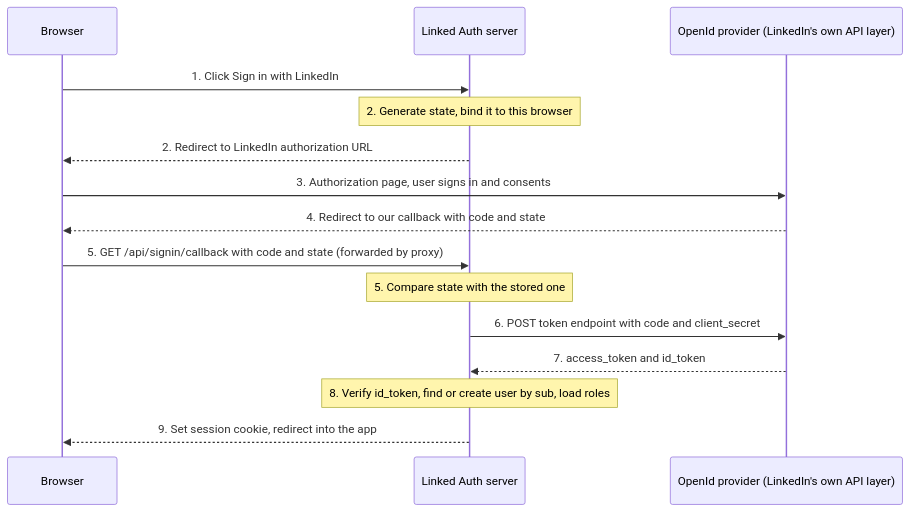
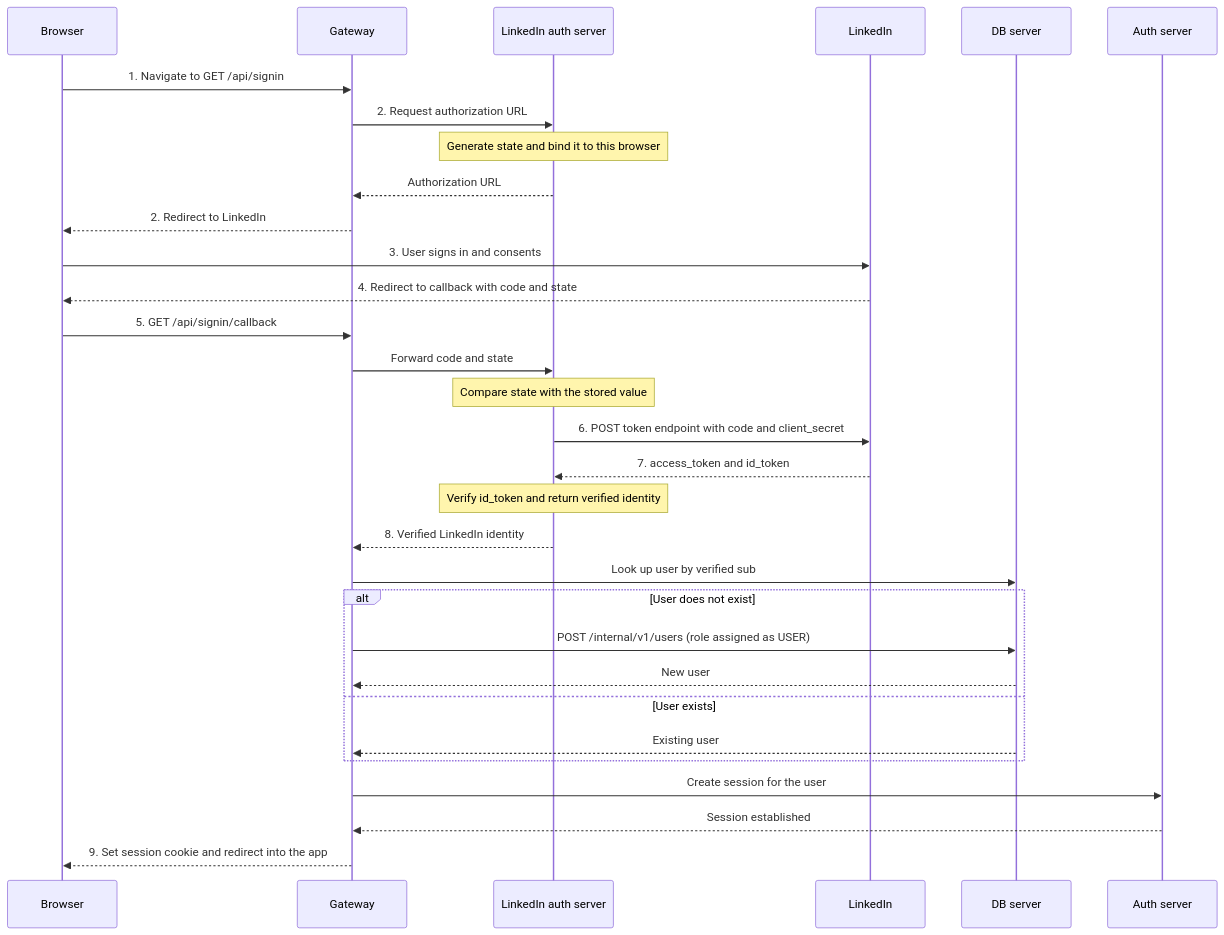
The diagram in docs/LinkedIn-auth-flow.md (abt-bara/LinkedIn-Profile-Rating), drawn with Mermaid before and after one commit. The commit also changed other lines of this file and 11 other files, not shown here.

````diff
--- a/docs/LinkedIn-auth-flow.md
+++ b/docs/LinkedIn-auth-flow.md
@@ -18,18 +18,34 @@
 ```mermaid
 sequenceDiagram
     participant B as Browser
-    participant A as Linked Auth server
-    participant L as OpenId provider (LinkedIn's own API layer)
+    participant G as Gateway
+    participant O as LinkedIn auth server
+    participant L as LinkedIn
+    participant D as DB server
+    participant A as Auth server
 
-    B->>A: 1. Click Sign in with LinkedIn
-    Note over A: 2. Generate state, bind it to this browser
-    A-->>B: 2. Redirect to LinkedIn authorization URL
-    B->>L: 3. Authorization page, user signs in and consents
-    L-->>B: 4. Redirect to our callback with code and state
-    B->>A: 5. GET /api/signin/callback with code and state (forwarded by proxy)
-    Note over A: 5. Compare state with the stored one
-    A->>L: 6. POST token endpoint with code and client_secret
-    L-->>A: 7. access_token and id_token
-    Note over A: 8. Verify id_token, find or create user by sub, load roles
-    A-->>B: 9. Set session cookie, redirect into the app
+    B->>G: 1. Navigate to GET /api/signin
+    G->>O: 2. Request authorization URL
+    Note over O: Generate state and bind it to this browser
+    O-->>G: Authorization URL
+    G-->>B: 2. Redirect to LinkedIn
+    B->>L: 3. User signs in and consents
+    L-->>B: 4. Redirect to callback with code and state
+    B->>G: 5. GET /api/signin/callback
+    G->>O: Forward code and state
+    Note over O: Compare state with the stored value
+    O->>L: 6. POST token endpoint with code and client_secret
+    L-->>O: 7. access_token and id_token
+    Note over O: Verify id_token and return verified identity
+    O-->>G: 8. Verified LinkedIn identity
+    G->>D: Look up user by verified sub
+    alt User does not exist
+        G->>D: POST /internal/v1/users (role assigned as USER)
+        D-->>G: New user
+    else User exists
+        D-->>G: Existing user
+    end
+    G->>A: Create session for the user
+    A-->>G: Session established
+    G-->>B: 9. Set session cookie and redirect into the app
 ```
````
